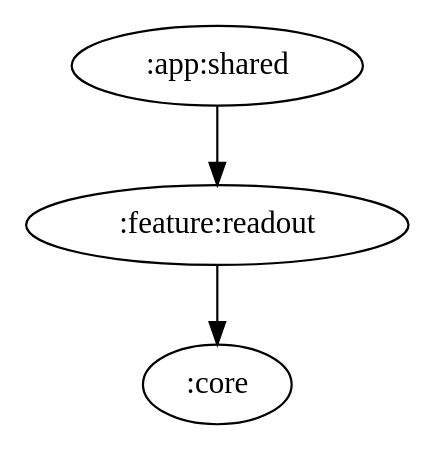
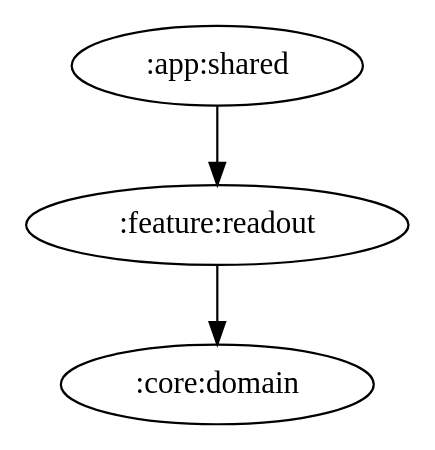
One commit to ai-kurou/KoDriver changed the diagram in docs/graphs/feature-readout.gv. Above: the diagram before and after it, drawn with Graphviz. The commit also changed 10 other files, not shown here.

Commit message:
chore: update module graph images [skip ci]

```diff
--- a/docs/graphs/feature-readout.gv
+++ b/docs/graphs/feature-readout.gv
@@ -1,4 +1,4 @@
 digraph G {
   ":app:shared" -> ":feature:readout"
-  ":feature:readout" -> ":core"
+  ":feature:readout" -> ":core:domain"
 }
```
